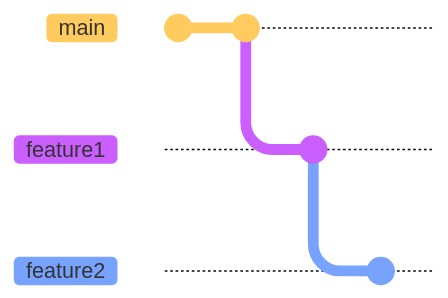
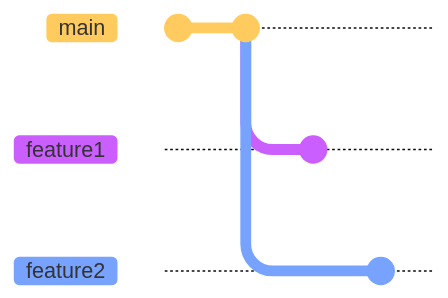
Before and after one commit to mikelorant/from-ticket-to-pull-request: the second of 5 diagrams in pages/do-the-change.md, drawn with Mermaid. The commit also changed other lines of this file and 2 other files, not shown here. Commit ids are hidden.

````diff
--- a/pages/do-the-change.md
+++ b/pages/do-the-change.md
@@ -79,11 +80,12 @@
 ```mermaid {scale: 0.8}
 %%{init: {'theme': 'base', 'gitGraph': {'showCommitLabel': false}} }%%
 
 gitGraph
   commit
   commit
   branch feature1
   commit
+  checkout main
   branch feature2
   commit
 ```
````
